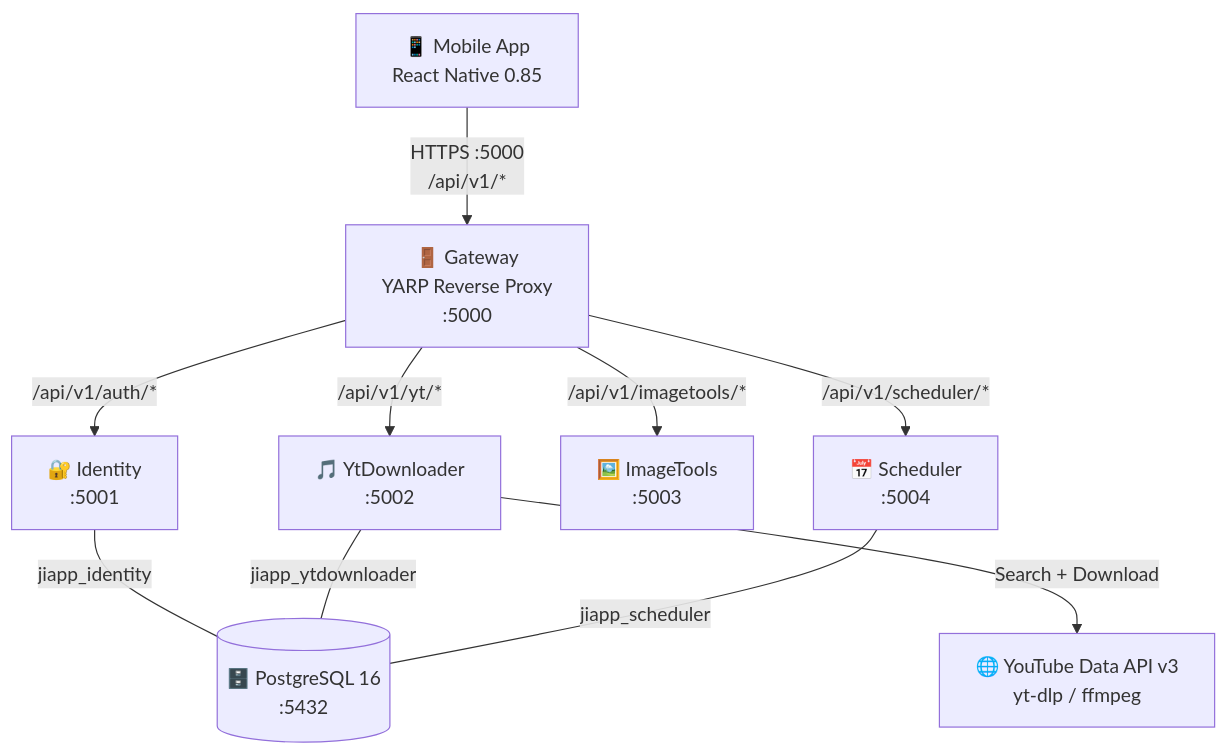
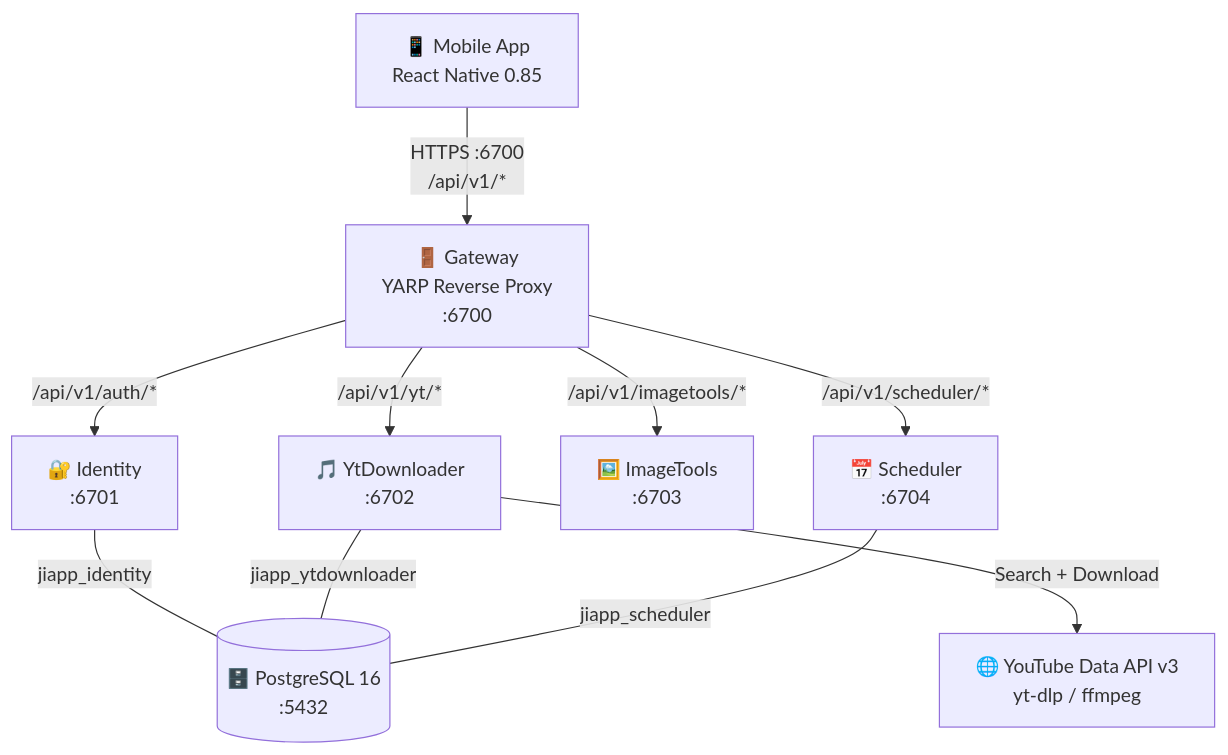
Before and after one commit to JakubIwicki/JiApp: the diagram in README.md, drawn with Mermaid. The commit also changed other lines of this file and 33 other files, not shown here.

First line of the commit message:
feat: remap ports 50xx→67xx, HTTPS everywhere, YARP SSL bypass

````diff
--- a/README.md
+++ b/README.md
@@ -7,26 +7,26 @@
 ```mermaid
 graph TD
     Mobile["📱 Mobile App<br/>React Native 0.85"]
     YouTube["🌐 YouTube Data API v3<br/>yt-dlp / ffmpeg"]
 
     PG[("🗄️ PostgreSQL 16<br/>:5432")]
-    GW["🚪 Gateway<br/>YARP Reverse Proxy<br/>:5000"]
+    GW["🚪 Gateway<br/>YARP Reverse Proxy<br/>:6700"]
 
-    ID["🔐 Identity<br/>:5001"]
-    YT["🎵 YtDownloader<br/>:5002"]
-    IMG["🖼️ ImageTools<br/>:5003"]
-    SCH["📅 Scheduler<br/>:5004"]
+    ID["🔐 Identity<br/>:6701"]
+    YT["🎵 YtDownloader<br/>:6702"]
+    IMG["🖼️ ImageTools<br/>:6703"]
+    SCH["📅 Scheduler<br/>:6704"]
 
-    Mobile -->|"HTTPS :5000<br/>/api/v1/*"| GW
+    Mobile -->|"HTTPS :6700<br/>/api/v1/*"| GW
 
     GW -->|"/api/v1/auth/*"| ID
     GW -->|"/api/v1/yt/*"| YT
     GW -->|"/api/v1/imagetools/*"| IMG
     GW -->|"/api/v1/scheduler/*"| SCH
 
     ID ---|"jiapp_identity"| PG
     YT ---|"jiapp_ytdownloader"| PG
     SCH ---|"jiapp_scheduler"| PG
 
     YT -->|"Search + Download"| YouTube
 ```
````
